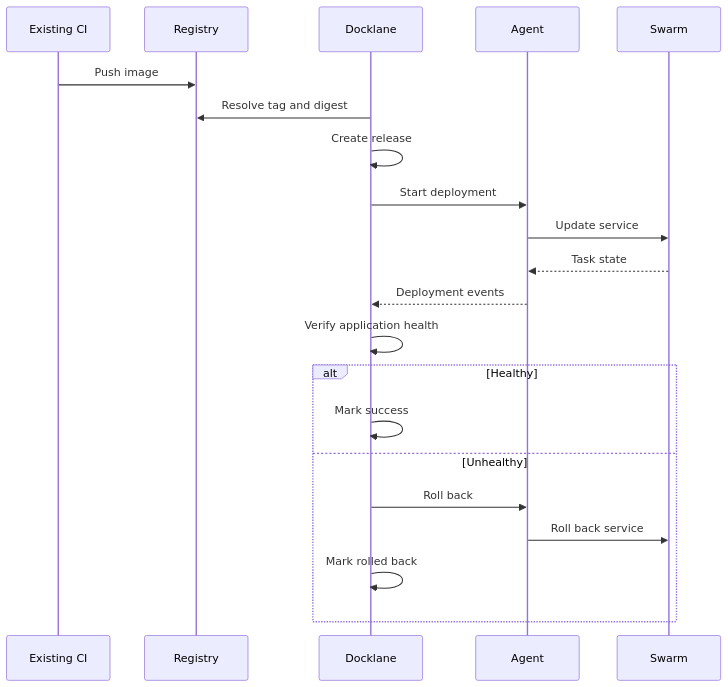
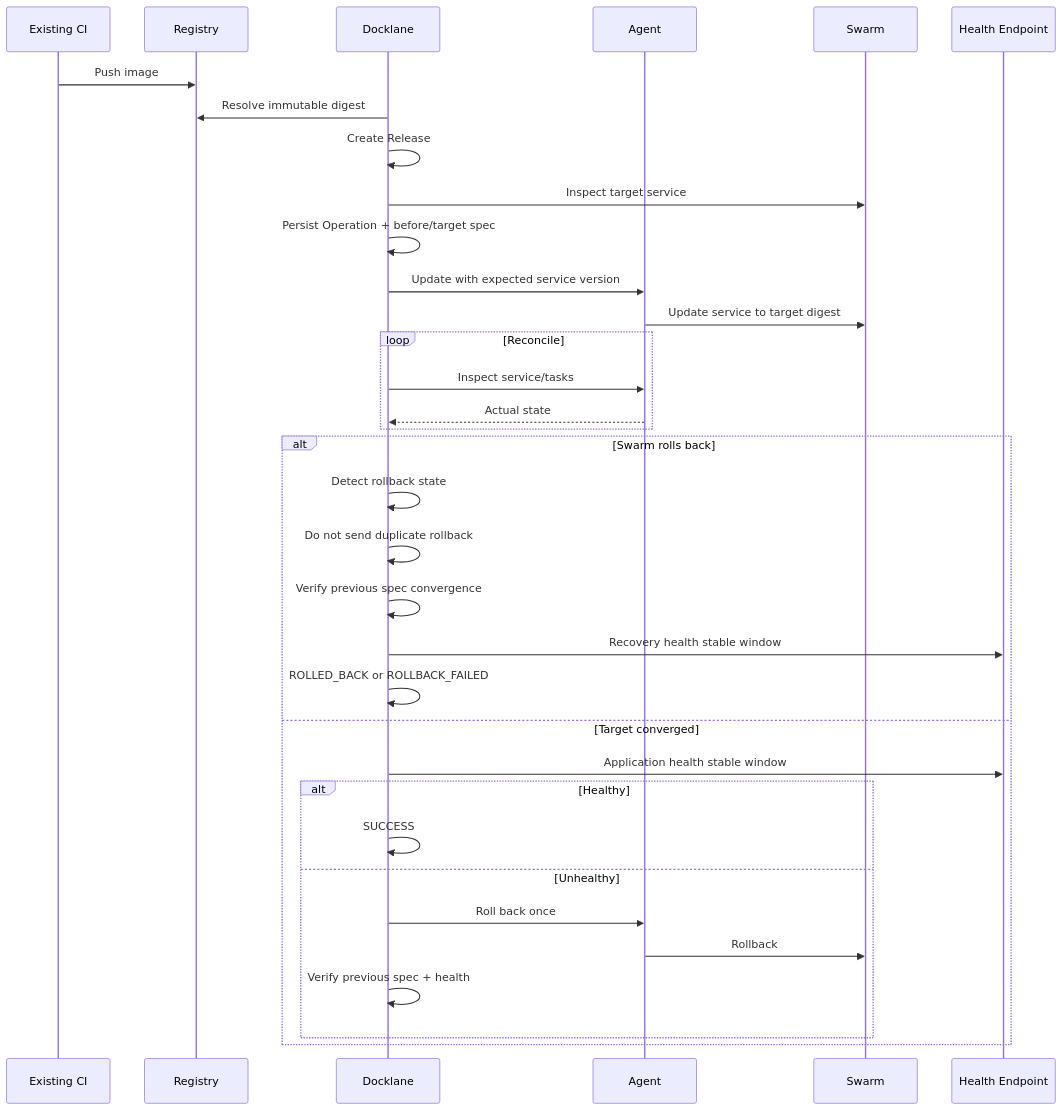
The third of 4 diagrams in docs/ARCHITECTURE.md (KimHG1995/Docklane), drawn with Mermaid before and after one commit. The commit also changed other lines of this file, not shown here.

Commit message:
docs: define safe mutation and reconciliation architecture

````diff
--- a/docs/ARCHITECTURE.md
+++ b/docs/ARCHITECTURE.md
@@ -148,24 +190,39 @@
-```mermaid
+~~~mermaid
 sequenceDiagram
     participant CI as Existing CI
     participant R as Registry
     participant C as Docklane
     participant A as Agent
     participant S as Swarm
+    participant H as Health Endpoint
 
     CI->>R: Push image
-    C->>R: Resolve tag and digest
-    C->>C: Create release
-    C->>A: Start deployment
-    A->>S: Update service
-    S-->>A: Task state
-    A-->>C: Deployment events
-    C->>C: Verify application health
-    alt Healthy
-        C->>C: Mark success
-    else Unhealthy
-        C->>A: Roll back
-        A->>S: Roll back service
-        C->>C: Mark rolled back
+    C->>R: Resolve immutable digest
+    C->>C: Create Release
+    C->>S: Inspect target service
+    C->>C: Persist Operation + before/target spec
+    C->>A: Update with expected service version
+    A->>S: Update service to target digest
+
+    loop Reconcile
+        C->>A: Inspect service/tasks
+        A-->>C: Actual state
     end
-```
+
+    alt Swarm rolls back
+        C->>C: Detect rollback state
+        C->>C: Do not send duplicate rollback
+        C->>C: Verify previous spec convergence
+        C->>H: Recovery health stable window
+        C->>C: ROLLED_BACK or ROLLBACK_FAILED
+    else Target converged
+        C->>H: Application health stable window
+        alt Healthy
+            C->>C: SUCCESS
+        else Unhealthy
+            C->>A: Roll back once
+            A->>S: Rollback
+            C->>C: Verify previous spec + health
+        end
+    end
+~~~
````
